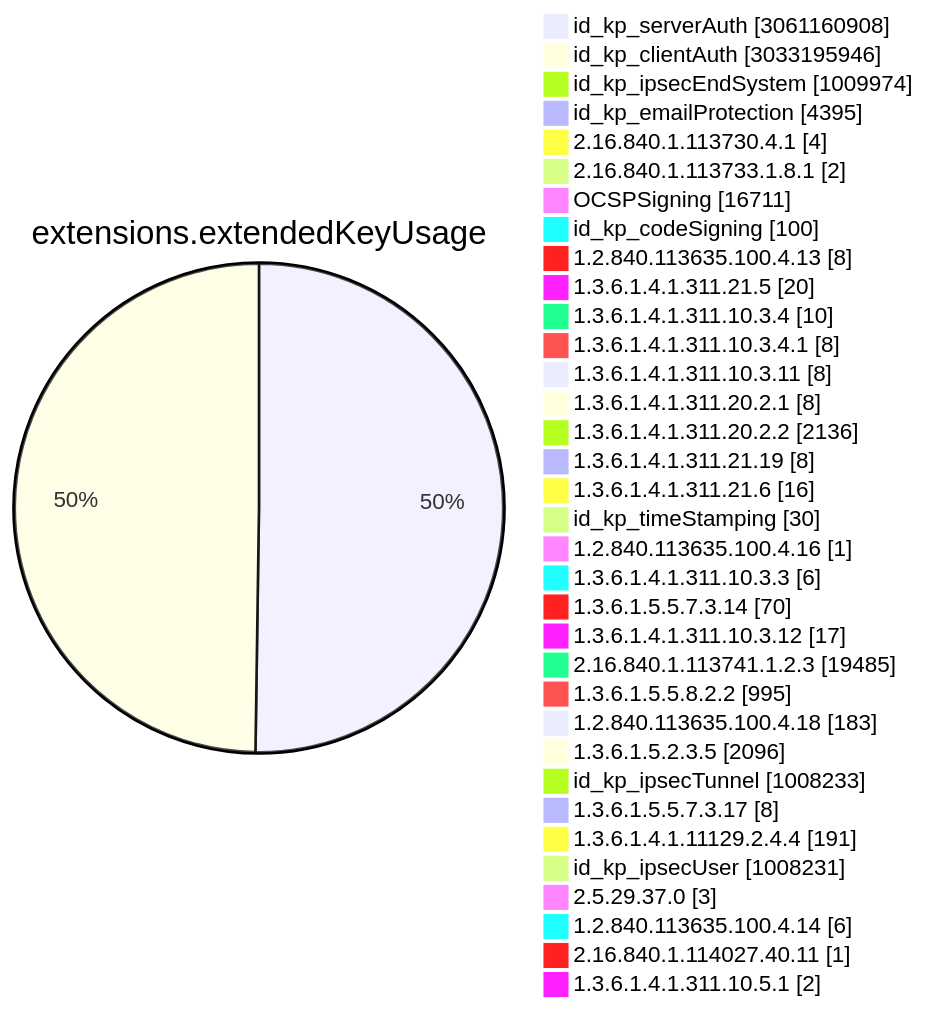
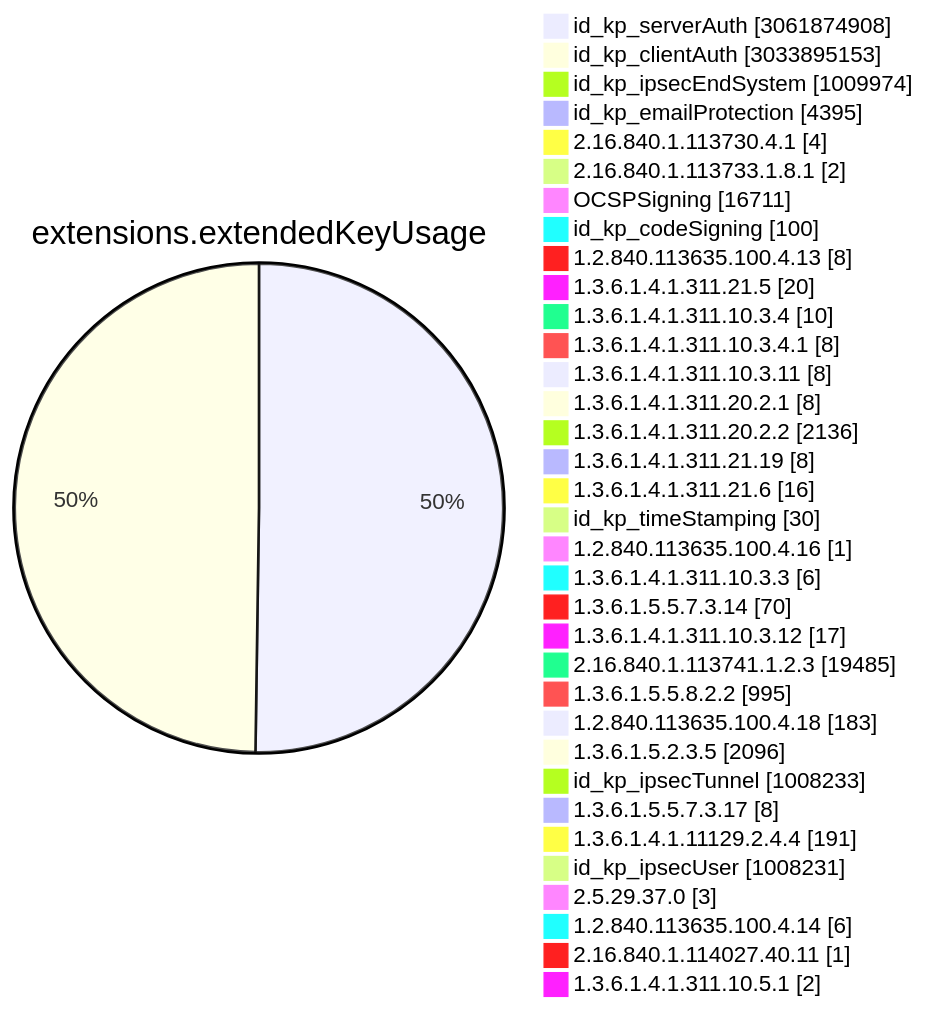
One commit to christiankrug/ctmonitor_visualization changed diagram 11 of 15 in TOTAL/README.md. Above: the diagram before and after it, drawn with Mermaid. The commit also changed other lines of this file, not shown here.

````diff
--- a/TOTAL/README.md
+++ b/TOTAL/README.md
@@ -4119,38 +4119,38 @@
 ```mermaid
 pie showData
 title extensions.extendedKeyUsage
-"id_kp_serverAuth" :3061160908
-"id_kp_clientAuth" :3033195946
+"id_kp_serverAuth" :3061874908
+"id_kp_clientAuth" :3033895153
 "id_kp_ipsecEndSystem" :1009974
 "id_kp_emailProtection" :4395
 "2.16.840.1.113730.4.1" :4
 "2.16.840.1.113733.1.8.1" :2
 "OCSPSigning" :16711
 "id_kp_codeSigning" :100
 "1.2.840.113635.100.4.13" :8
 "1.3.6.1.4.1.311.21.5" :20
 "1.3.6.1.4.1.311.10.3.4" :10
 "1.3.6.1.4.1.311.10.3.4.1" :8
 "1.3.6.1.4.1.311.10.3.11" :8
 "1.3.6.1.4.1.311.20.2.1" :8
 "1.3.6.1.4.1.311.20.2.2" :2136
 "1.3.6.1.4.1.311.21.19" :8
 "1.3.6.1.4.1.311.21.6" :16
 "id_kp_timeStamping" :30
 "1.2.840.113635.100.4.16" :1
 "1.3.6.1.4.1.311.10.3.3" :6
 "1.3.6.1.5.5.7.3.14" :70
 "1.3.6.1.4.1.311.10.3.12" :17
 "2.16.840.1.113741.1.2.3" :19485
 "1.3.6.1.5.5.8.2.2" :995
 "1.2.840.113635.100.4.18" :183
 "1.3.6.1.5.2.3.5" :2096
 "id_kp_ipsecTunnel" :1008233
 "1.3.6.1.5.5.7.3.17" :8
 "1.3.6.1.4.1.11129.2.4.4" :191
 "id_kp_ipsecUser" :1008231
 "2.5.29.37.0" :3
 "1.2.840.113635.100.4.14" :6
 "2.16.840.1.114027.40.11" :1
 "1.3.6.1.4.1.311.10.5.1" :2
 ```
````
